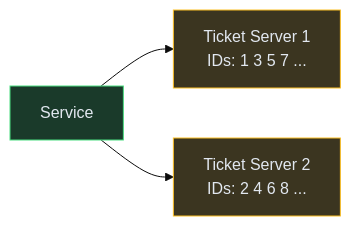
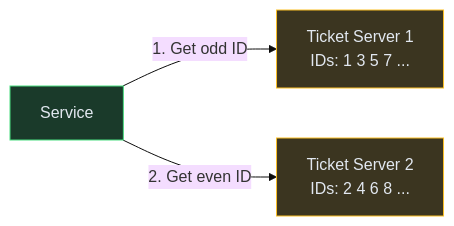
Before and after one commit to iluzn/HLD-Designs: the third of 7 diagrams in content/hld/UniqueIDGenerator.md, drawn with Mermaid (base theme). The commit also changed other lines of this file and 27 other files, not shown here.

````diff
--- a/content/hld/UniqueIDGenerator.md
+++ b/content/hld/UniqueIDGenerator.md
@@ -143,12 +143,12 @@
 ```mermaid
 flowchart LR
     SVC["Service"]:::service
     DB1["Ticket Server 1<br/>IDs: 1 3 5 7 ..."]:::data
     DB2["Ticket Server 2<br/>IDs: 2 4 6 8 ..."]:::data
 
-    SVC --> DB1
-    SVC --> DB2
+    SVC -->|"1. Get odd ID"| DB1
+    SVC -->|"2. Get even ID"| DB2
 
     classDef service fill:#1a3a2a,stroke:#4ade80,color:#e2e8f0
     classDef data fill:#3b3520,stroke:#fbbf24,color:#e2e8f0
 ```
````
